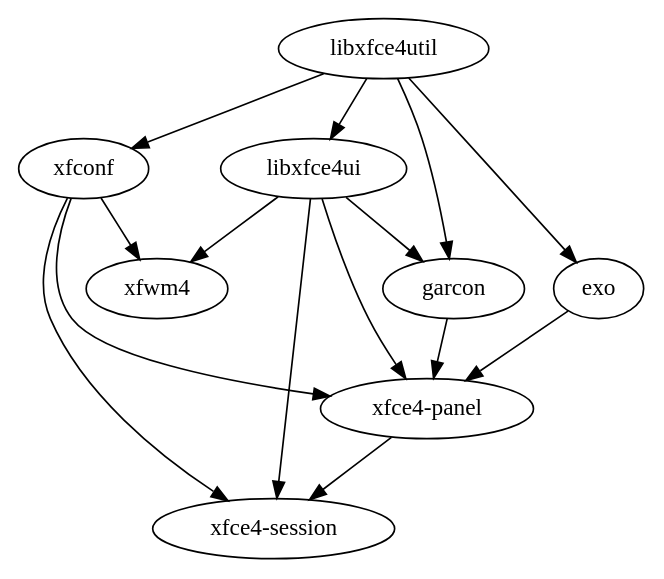
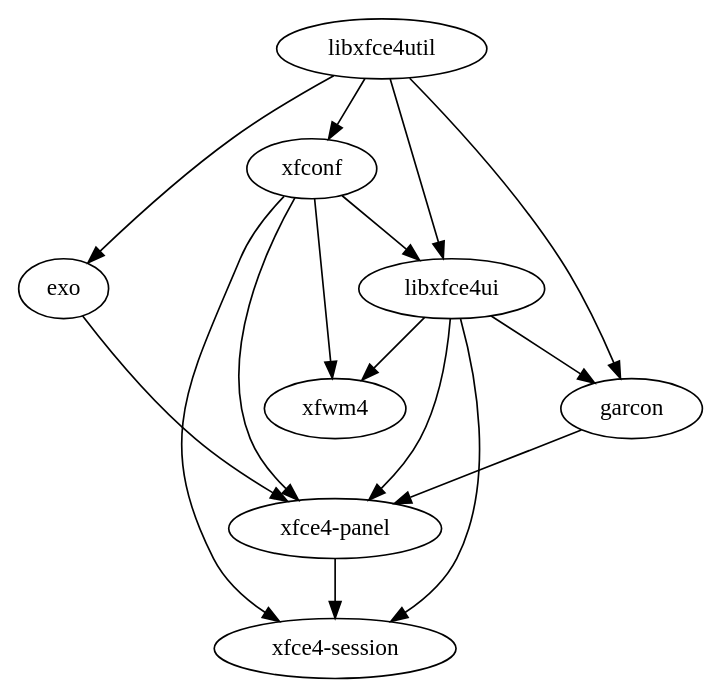
The diagram in graphviz/xfce.dot (dragonJACson/summer2020_openeuler), drawn with Graphviz before and after one commit. The commit also changed 5 other files, not shown here.

Commit message:
scripts(pkglist): adjust some seq and add some packs scripts(misc): improve buildall.sh graphviz(misc): improve xfce and add fcitx

```diff
--- a/graphviz/xfce.dot
+++ b/graphviz/xfce.dot
@@ -1,12 +1,13 @@
 digraph xfce {
     libxfce4util -> xfconf -> "xfce4-panel";
     libxfce4util -> libxfce4ui -> "xfce4-panel";
     libxfce4util -> exo -> "xfce4-panel";
     libxfce4util -> garcon;
     libxfce4ui -> garcon -> "xfce4-panel";
     libxfce4ui -> "xfce4-session";
     xfconf -> "xfce4-session";
+    xfconf -> libxfce4ui;
     libxfce4ui -> xfwm4;
     xfconf -> xfwm4;
     "xfce4-panel" -> "xfce4-session";
 }
```
